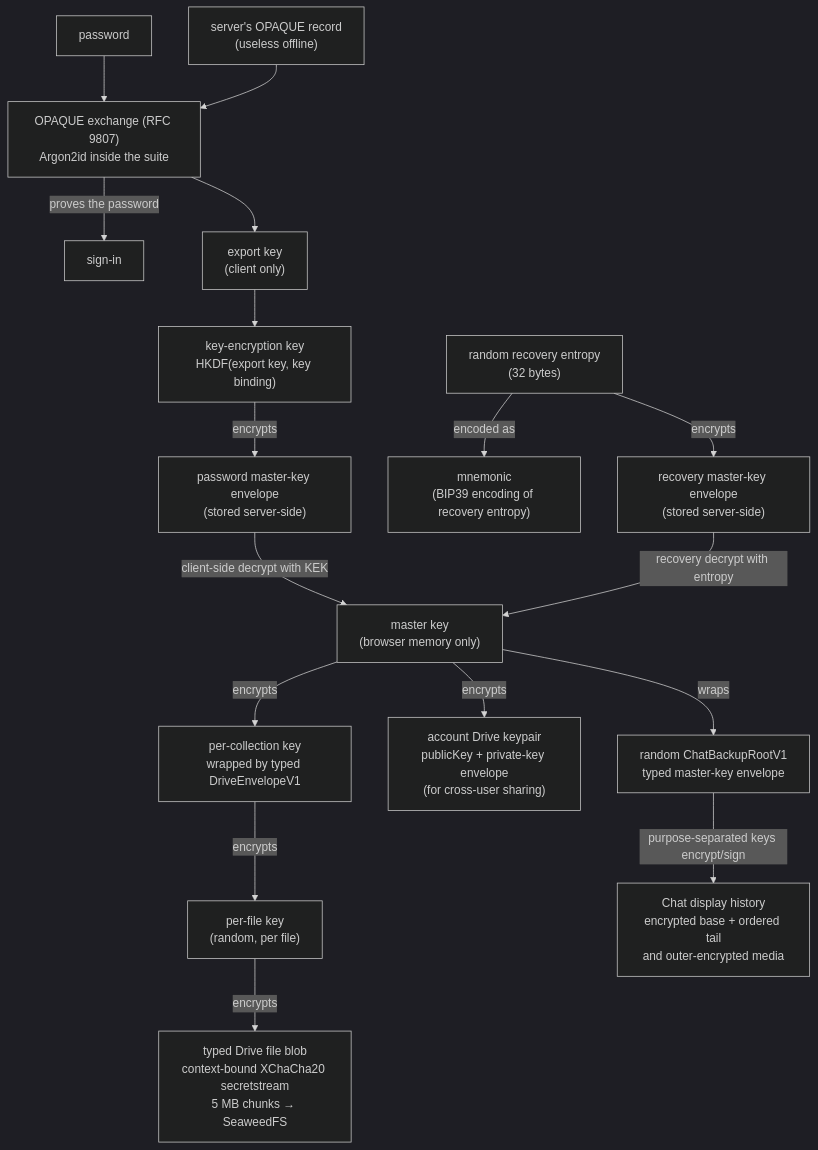
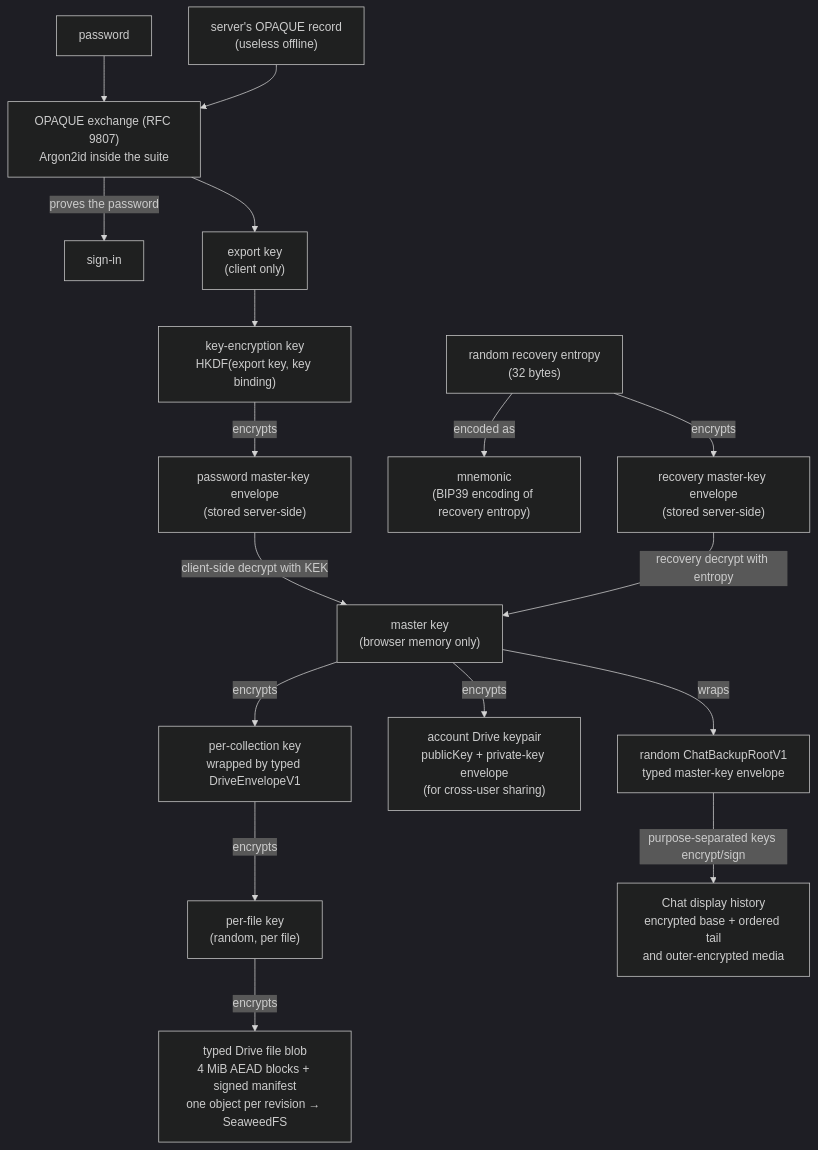
One commit to kutupbt/kutup changed the first of 4 diagrams in docs/architecture.md. Above: the diagram before and after it, drawn with Mermaid (dark theme). The commit also changed other lines of this file and 68 other files, not shown here.

First line of the commit message:
feat(drive): remove suite 1 everywhere; the block format is the only one (slice 7)

````diff
--- a/docs/architecture.md
+++ b/docs/architecture.md
@@ -26,36 +26,36 @@
 ```mermaid
 flowchart TD
     P["password"]
     OP["OPAQUE exchange (RFC 9807)<br/>Argon2id inside the suite"]
     REC["server's OPAQUE record<br/>(useless offline)"]
     EK["export key<br/>(client only)"]
     KEK["key-encryption key<br/>HKDF(export key, key binding)"]
     RE["random recovery entropy<br/>(32 bytes)"]
     M["mnemonic<br/>(BIP39 encoding of recovery entropy)"]
     EMK["password master-key envelope<br/>(stored server-side)"]
     ERK["recovery master-key envelope<br/>(stored server-side)"]
     MK["master key<br/>(browser memory only)"]
     CK["per-collection key<br/>wrapped by typed DriveEnvelopeV1"]
     DRIVE["account Drive keypair<br/>publicKey + private-key envelope<br/>(for cross-user sharing)"]
     CBR["random ChatBackupRootV1<br/>typed master-key envelope"]
     CBO["Chat display history<br/>encrypted base + ordered tail<br/>and outer-encrypted media"]
     FK["per-file key<br/>(random, per file)"]
-    BLOB["typed Drive file blob<br/>context-bound XChaCha20 secretstream<br/>5 MB chunks → SeaweedFS"]
+    BLOB["typed Drive file blob<br/>4 MiB AEAD blocks + signed manifest<br/>one object per revision → SeaweedFS"]
 
     P --> OP
     REC --> OP
     OP -->|proves the password| AUTH["sign-in"]
     OP --> EK
     EK --> KEK
     RE -->|encoded as| M
     KEK -->|encrypts| EMK
     RE -->|encrypts| ERK
     EMK -->|client-side decrypt with KEK| MK
     ERK -->|recovery decrypt with entropy| MK
     MK -->|encrypts| CK
     MK -->|encrypts| DRIVE
     MK -->|wraps| CBR
     CBR -->|purpose-separated keys encrypt/sign| CBO
     CK -->|encrypts| FK
     FK -->|encrypts| BLOB
 ```
````
